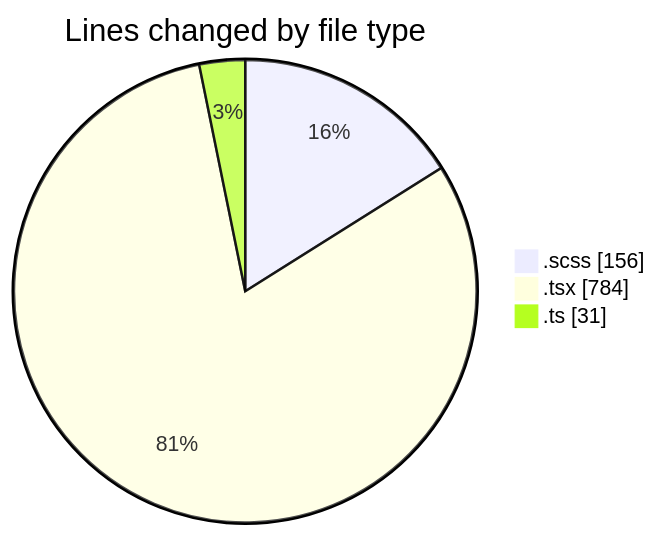
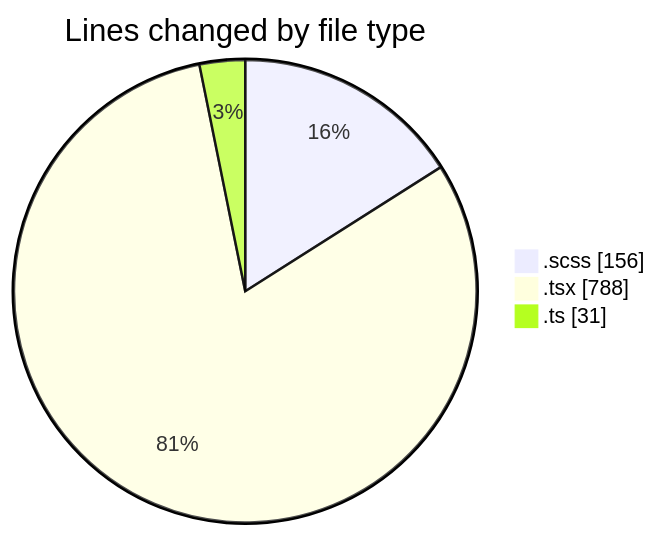
The first of 2 diagrams in 2025-02-10/cda/README.md (momahboobian/code-tracking), drawn with Mermaid before and after one commit. The commit also changed other lines of this file and 1 other file, not shown here.

````diff
--- a/2025-02-10/cda/README.md
+++ b/2025-02-10/cda/README.md
@@ -25,7 +25,7 @@
 ```mermaid
 pie showData
 title Lines changed by file type
 ".scss" : 156
-".tsx" : 784
+".tsx" : 788
 ".ts" : 31
 ```
````
